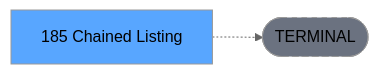
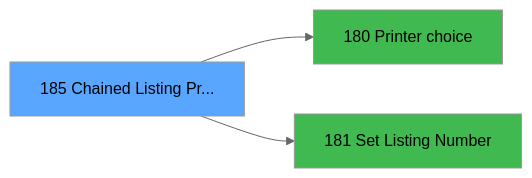
One commit to thonyAGP/magic-migration changed the third of 3 diagrams in .openspec/specs/ADH-IDE-185.md. Above: the diagram before and after it, drawn with Mermaid (neutral theme). The commit also changed other lines of this file and 253 other files, not shown here.

````diff
--- a/.openspec/specs/ADH-IDE-185.md
+++ b/.openspec/specs/ADH-IDE-185.md
@@ -134,8 +288,11 @@
 ```mermaid
 graph LR
-    T[185 Chained Listing]
-    TERM([TERMINAL])
-    T -.-> TERM
-    style TERM fill:#6b7280,stroke-dasharray: 5 5
-    style T fill:#58a6ff,color:#000
+    T185[185 Chained Listing Pr...]
+    style T185 fill:#58a6ff
+    C180[180 Printer choice]
+    T185 --> C180
+    style C180 fill:#3fb950
+    C181[181 Set Listing Number]
+    T185 --> C181
+    style C181 fill:#3fb950
 ```
````
